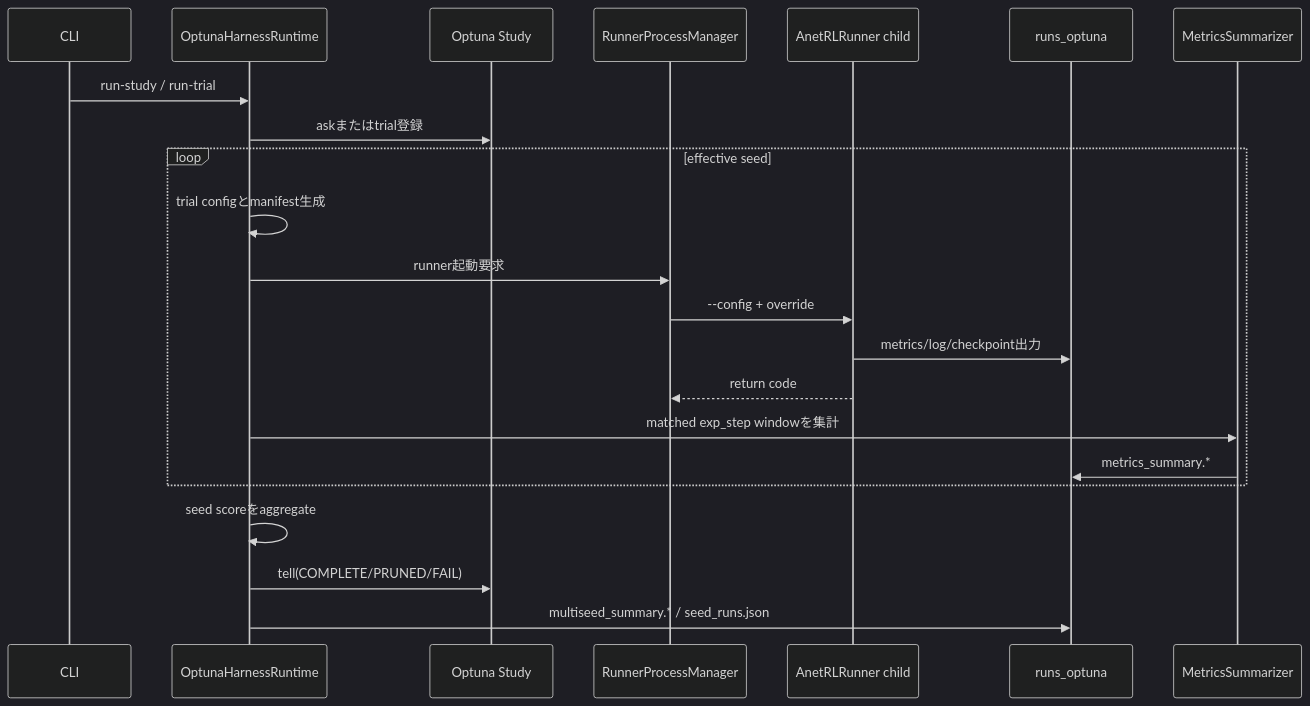
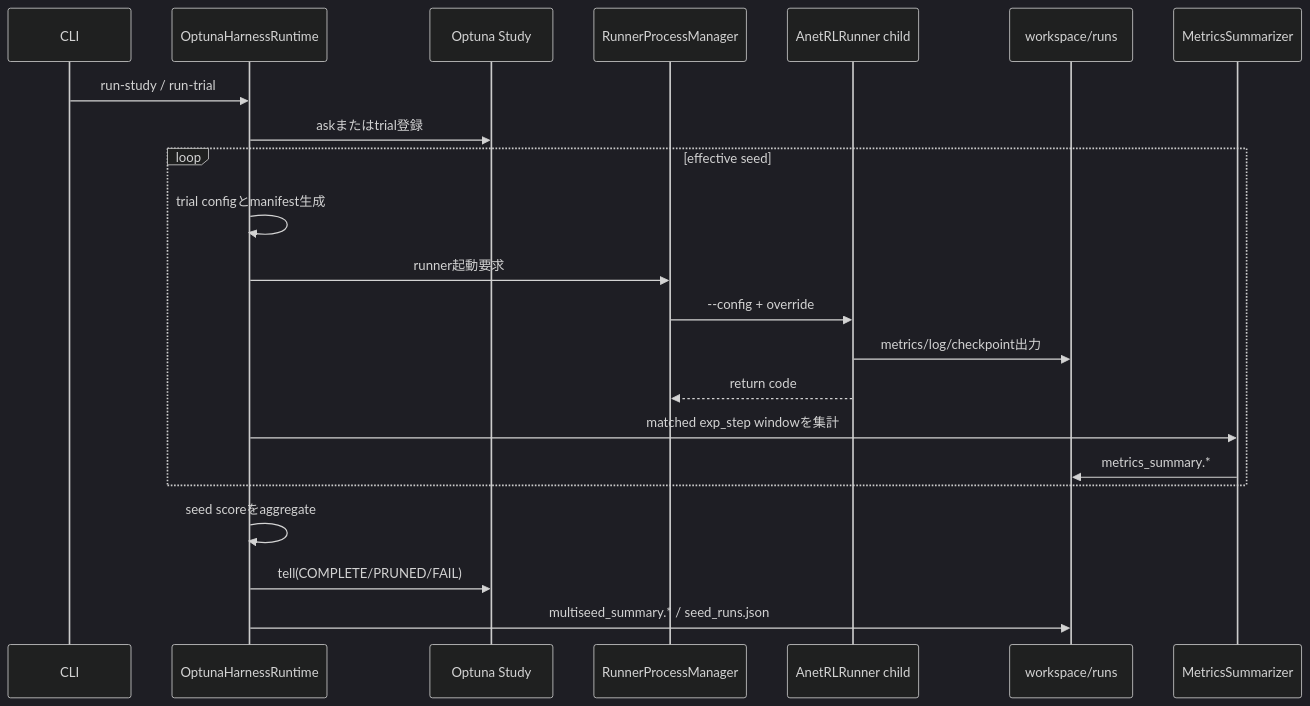
One commit to kazukin123/anet-lab changed the fourth of 4 diagrams in docs/design/160_applications_and_tools.jp.md. Above: the diagram before and after it, drawn with Mermaid (dark theme). The commit also changed other lines of this file and 9 other files, not shown here.

````diff
--- a/docs/design/160_applications_and_tools.jp.md
+++ b/docs/design/160_applications_and_tools.jp.md
@@ -263,25 +263,25 @@
 ```mermaid
 sequenceDiagram
     participant U as CLI
     participant H as OptunaHarnessRuntime
     participant O as Optuna Study
     participant P as RunnerProcessManager
     participant X as AnetRLRunner child
-    participant R as runs_optuna
+    participant R as workspace/runs
     participant S as MetricsSummarizer
 
     U->>H: run-study / run-trial
     H->>O: askまたはtrial登録
     loop effective seed
         H->>H: trial configとmanifest生成
         H->>P: runner起動要求
         P->>X: --config + override
         X->>R: metrics/log/checkpoint出力
         X-->>P: return code
         H->>S: matched exp_step windowを集計
         S->>R: metrics_summary.*
     end
     H->>H: seed scoreをaggregate
     H->>O: tell(COMPLETE/PRUNED/FAIL)
     H->>R: multiseed_summary.* / seed_runs.json
 ```
````
